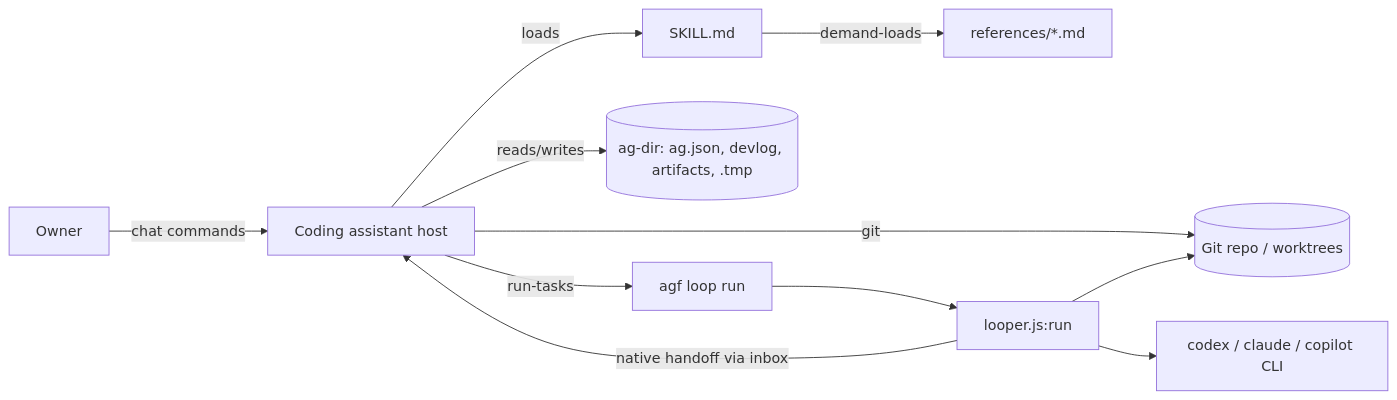
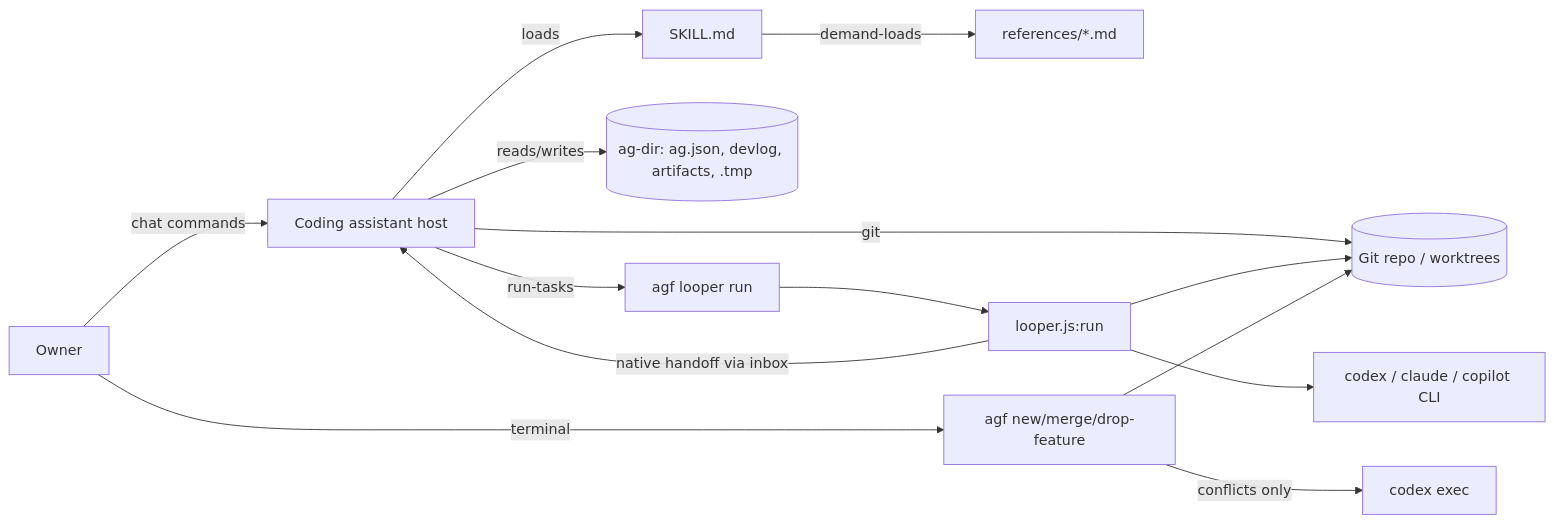
One commit to ritalee-dino/agentflow changed the diagram in docs/agent/ARCHITECTURE.md. Above: the diagram before and after it, drawn with Mermaid. The commit also changed other lines of this file and 6 other files, not shown here.

First line of the commit message:
docs: document Agentflow 9.1.0 terminal feature CLI and agf looper commands

````diff
--- a/docs/agent/ARCHITECTURE.md
+++ b/docs/agent/ARCHITECTURE.md
@@ -8,13 +10,16 @@
 ```mermaid
 flowchart LR
   Owner -->|chat commands| Host[Coding assistant host]
   Host -->|loads| SKILL[SKILL.md]
   SKILL -->|demand-loads| Refs[references/*.md]
   Host -->|reads/writes| Records[(ag-dir: ag.json, devlog, artifacts, .tmp)]
   Host -->|git| Repo[(Git repo / worktrees)]
-  Host -->|run-tasks| AGF[agf loop run]
+  Host -->|run-tasks| AGF[agf looper run]
   AGF --> Coord[looper.js:run]
   Coord --> Agents[codex / claude / copilot CLI]
   Coord -->|native handoff via inbox| Host
   Coord --> Repo
+  Owner -->|terminal| FCLI[agf new/merge/drop-feature]
+  FCLI --> Repo
+  FCLI -->|conflicts only| Codex[codex exec]
 ```
````
